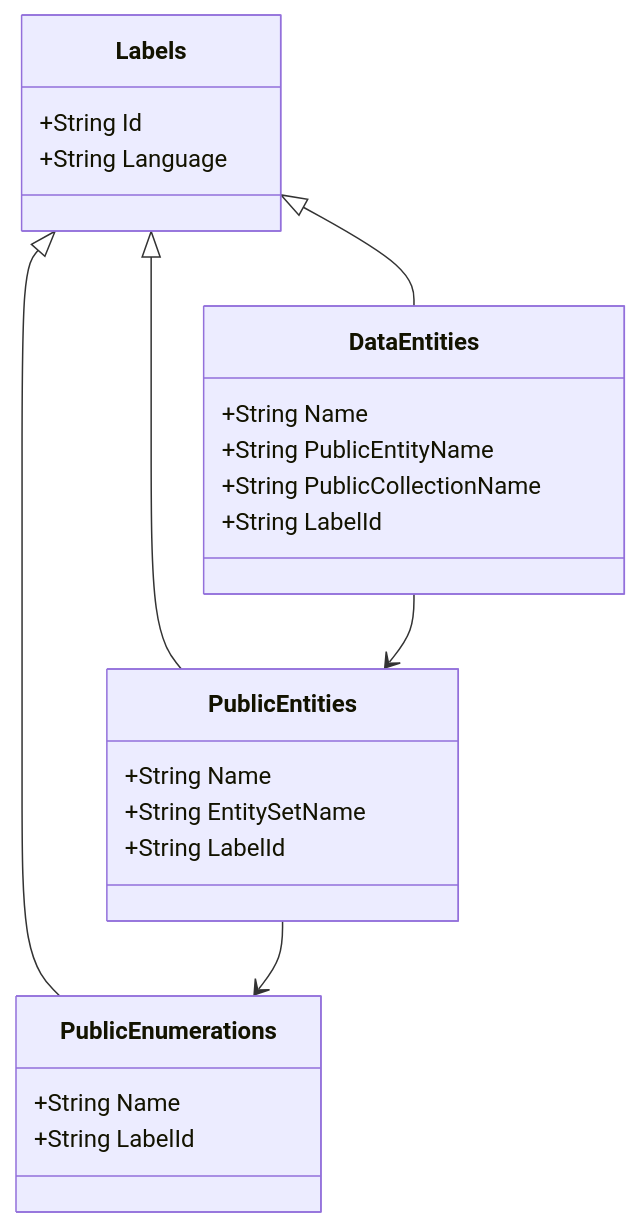
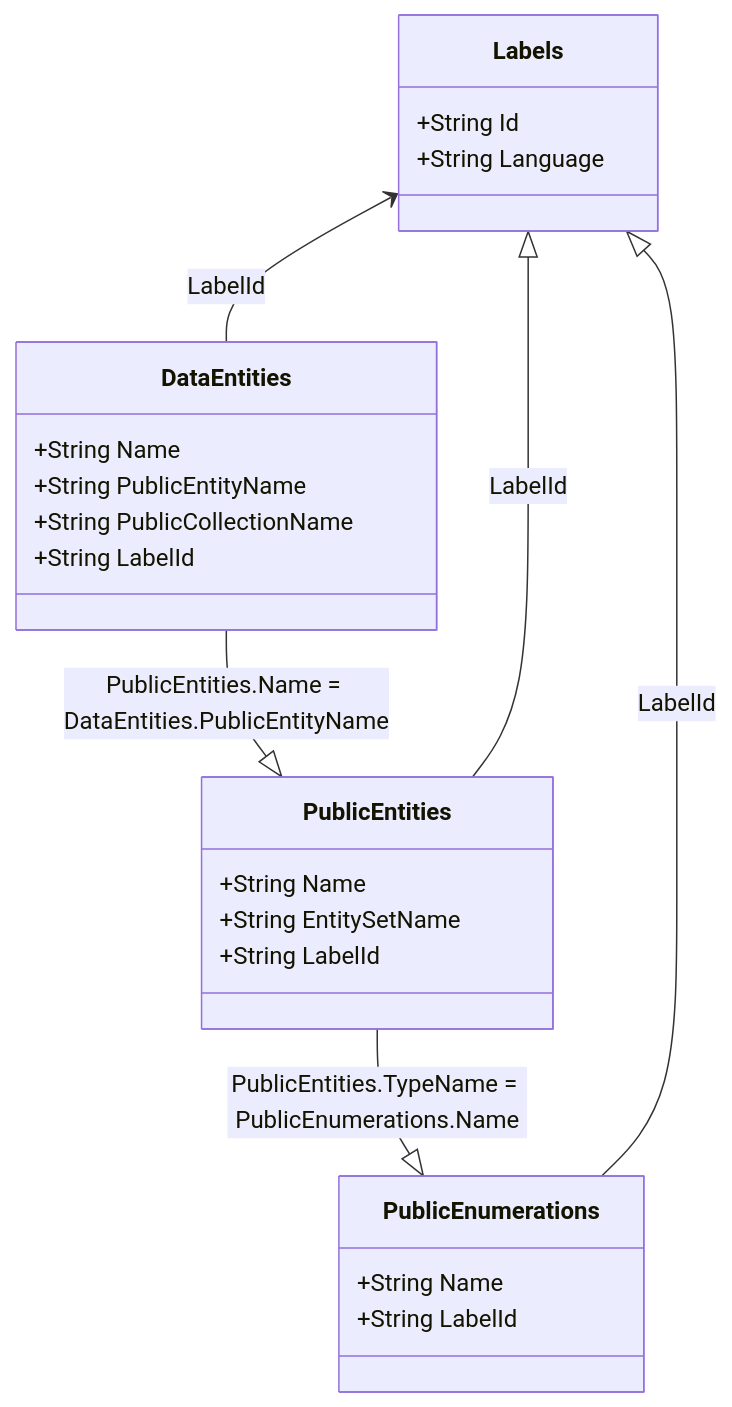
One commit to giefzebra/Dynamics365-FinOpsOverview changed the diagram in Wiki/MakingSenseOfODataMetadata/home.md. Above: the diagram before and after it, drawn with Mermaid. The commit also changed 1 other file, not shown here.

Commit message:
Testing Mermaid Update

````diff
--- a/Wiki/MakingSenseOfODataMetadata/home.md
+++ b/Wiki/MakingSenseOfODataMetadata/home.md
@@ -27,27 +27,31 @@
 ```mermaid
  classDiagram
-      Labels <|-- DataEntities
-      Labels <|-- PublicEntities
-      Labels <|-- PublicEnumerations
-      DataEntities --> PublicEntities
-      PublicEntities --> PublicEnumerations
+      DataEntities --|> PublicEntities : PublicEntities.Name = DataEntities.PublicEntityName
+      PublicEntities --|> PublicEnumerations : PublicEntities.TypeName = PublicEnumerations.Name
+      Labels <-- DataEntities : LabelId
+      Labels <|-- PublicEntities : LabelId
+      Labels <|-- PublicEnumerations : LabelId
       class Labels{
           +String Id
           +String Language
       }
       class DataEntities{
           +String Name
           +String PublicEntityName
           +String PublicCollectionName
           +String LabelId
       }
       class PublicEntities{
           +String Name
           +String EntitySetName
           +String LabelId
       }
       class PublicEnumerations{
           +String Name
           +String LabelId
       }
+      link Labels "[Labels](#Labels)"
+      link DataEntities "[Data Entities](#Data-Entities)"
+      link PublicEntities "[Public Entities](#Public-Entities)"
+      link PublicEnumerations "[Public Enumerations](#Public-Enumerations)"
 ```
````
